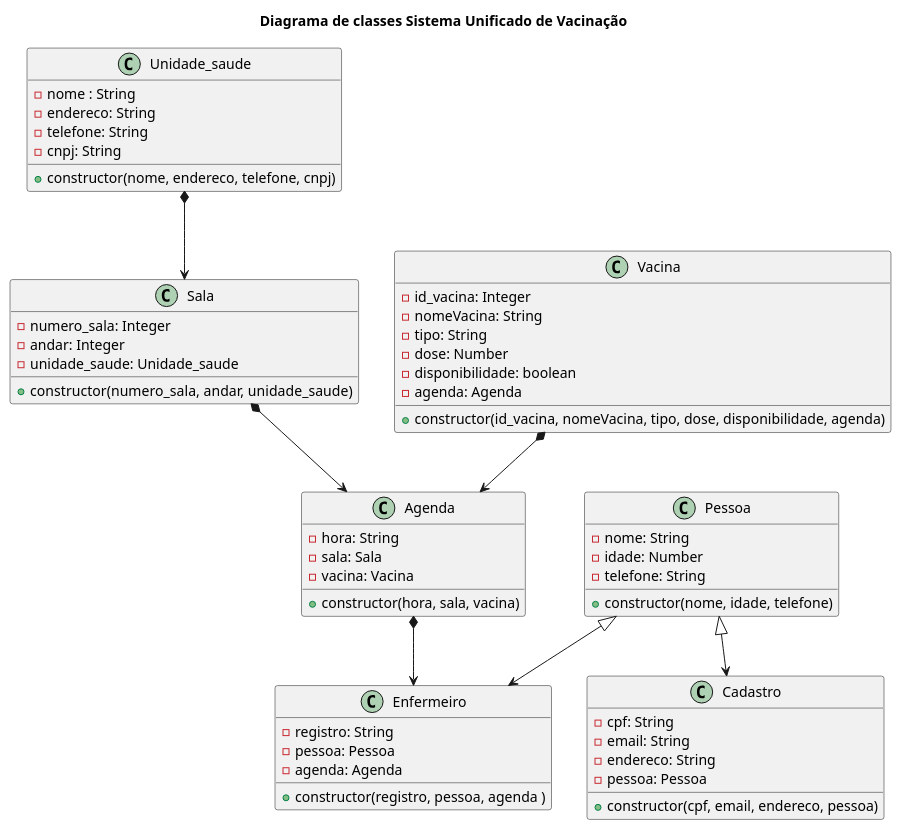
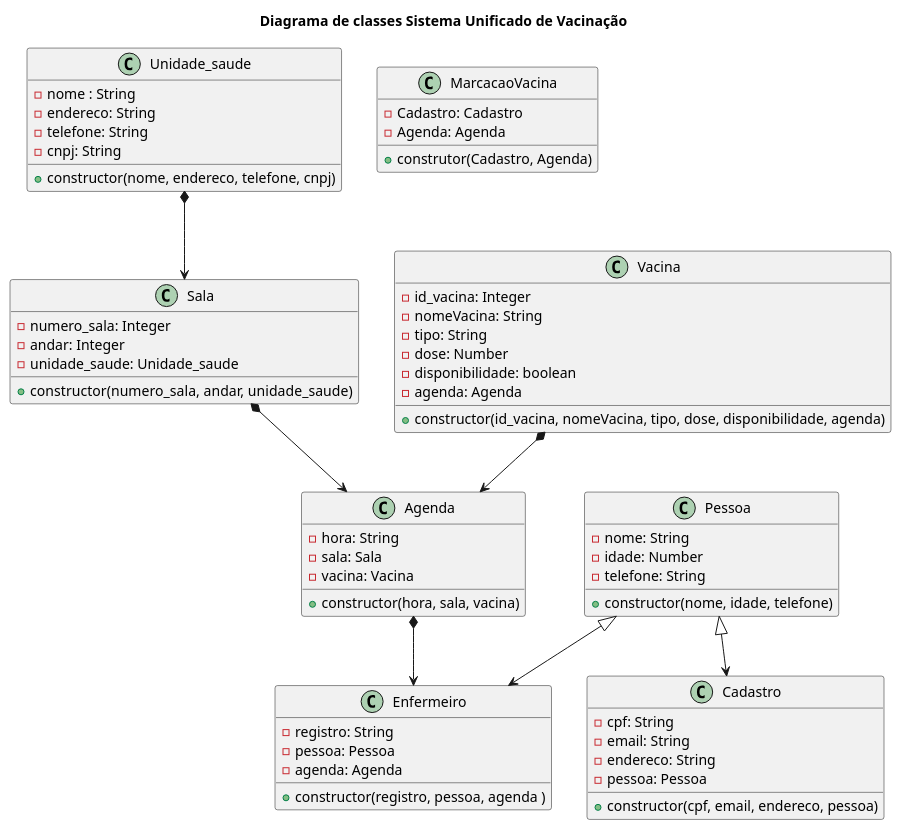
Before and after one commit to anleaes/2022-1-N2-POO-01: the diagram in diagrama_classe.plantuml, drawn with PlantUML.

Commit message:
implementacao da classe marcacaoVacina

```diff
--- a/diagrama_classe.plantuml
+++ b/diagrama_classe.plantuml
@@ -1,67 +1,72 @@
 @startuml
 
 title Diagrama de classes Sistema Unificado de Vacinação
 
 class Unidade_saude{
     - nome : String
     - endereco: String
     - telefone: String
     - cnpj: String
     + constructor(nome, endereco, telefone, cnpj)
 }
 
 class Sala{
     - numero_sala: Integer
     - andar: Integer
     - unidade_saude: Unidade_saude 
     + constructor(numero_sala, andar, unidade_saude)
 }
 
 class Agenda{
     - hora: String
     - sala: Sala
     - vacina: Vacina
     + constructor(hora, sala, vacina)
 }
 
 
 Class Vacina{
     - id_vacina: Integer
     - nomeVacina: String
     - tipo: String
     - dose: Number
     - disponibilidade: boolean
     - agenda: Agenda
     + constructor(id_vacina, nomeVacina, tipo, dose, disponibilidade, agenda)
 }
 
 class Pessoa{
     - nome: String
     - idade: Number
     - telefone: String
     + constructor(nome, idade, telefone)
 }
 
 class Cadastro {
     - cpf: String
     - email: String
     - endereco: String
     - pessoa: Pessoa
     + constructor(cpf, email, endereco, pessoa)
 }
 
 class Enfermeiro {
     - registro: String
     - pessoa: Pessoa
     - agenda: Agenda
     + constructor(registro, pessoa, agenda )
 }
 
+class MarcacaoVacina{
+    - Cadastro: Cadastro
+    - Agenda: Agenda
+    + construtor(Cadastro, Agenda)
+}
 Pessoa <|--> Cadastro
 Pessoa <|--> Enfermeiro
 Unidade_saude *--> Sala
 Sala *--> Agenda
 Vacina *--> Agenda
 Agenda *--> Enfermeiro
 
 @enduml
```
